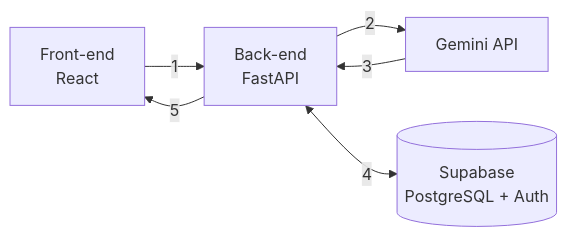
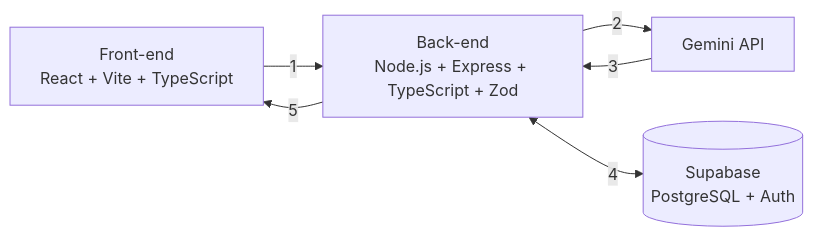
The diagram in docs/checkpoint-1-documento-de-ideacao.md (FMU-Tech-Inovacao-2026-2/pitchInicial), drawn with Mermaid before and after one commit. The commit also changed other lines of this file and 8 other files, not shown here.

````diff
--- a/docs/checkpoint-1-documento-de-ideacao.md
+++ b/docs/checkpoint-1-documento-de-ideacao.md
@@ -113,8 +113,8 @@
 ```mermaid
 flowchart LR
-    F["Front-end<br/>React"] -- "1" --> B["Back-end<br/>FastAPI"]
+    F["Front-end<br/>React + Vite + TypeScript"] -- "1" --> B["Back-end<br/>Node.js + Express + TypeScript + Zod"]
     B -- "2" --> G["Gemini API"]
     G -- "3" --> B
     B <-- "4" --> S[("Supabase<br/>PostgreSQL + Auth")]
     B -- "5" --> F
 ```
````
